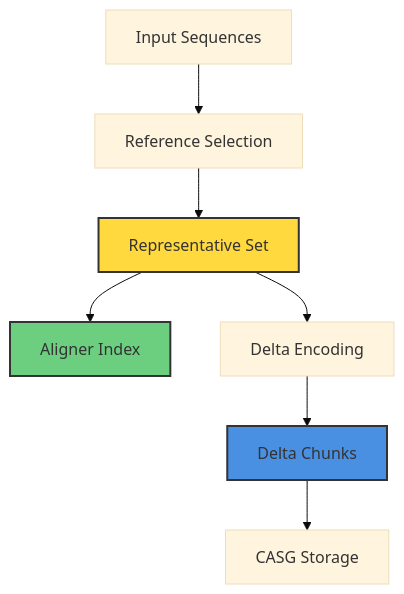
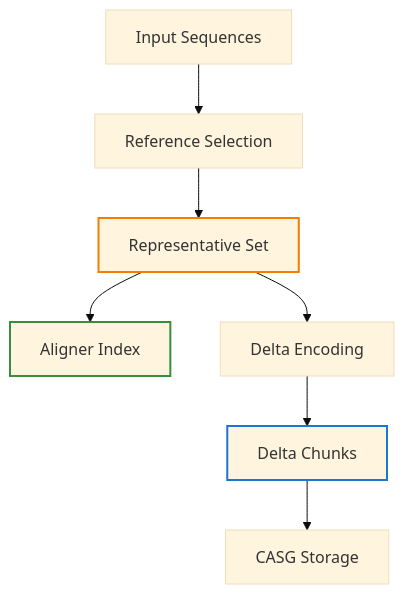
The second of 4 diagrams in docs/src/casg/architecture.md (bfowle/talaria), drawn with Mermaid (base theme) before and after one commit. The commit also changed other lines of this file and 65 other files, not shown here.

````diff
--- a/docs/src/casg/architecture.md
+++ b/docs/src/casg/architecture.md
@@ -386,13 +430,13 @@
 ```mermaid
 graph TD
     A[Input Sequences] --> B[Reference Selection]
     B --> C[Representative Set]
     C --> D[Aligner Index]
     C --> E[Delta Encoding]
     E --> F[Delta Chunks]
     F --> G[CASG Storage]
 
-    style C fill:#ffd93d,stroke:#333,stroke-width:2px
-    style D fill:#6bcf7f,stroke:#333,stroke-width:2px
-    style F fill:#4a90e2,stroke:#333,stroke-width:2px
+    style C stroke:#f57c00,stroke-width:2px
+    style D stroke:#388e3c,stroke-width:2px
+    style F stroke:#1976d2,stroke-width:2px
 ```
````
